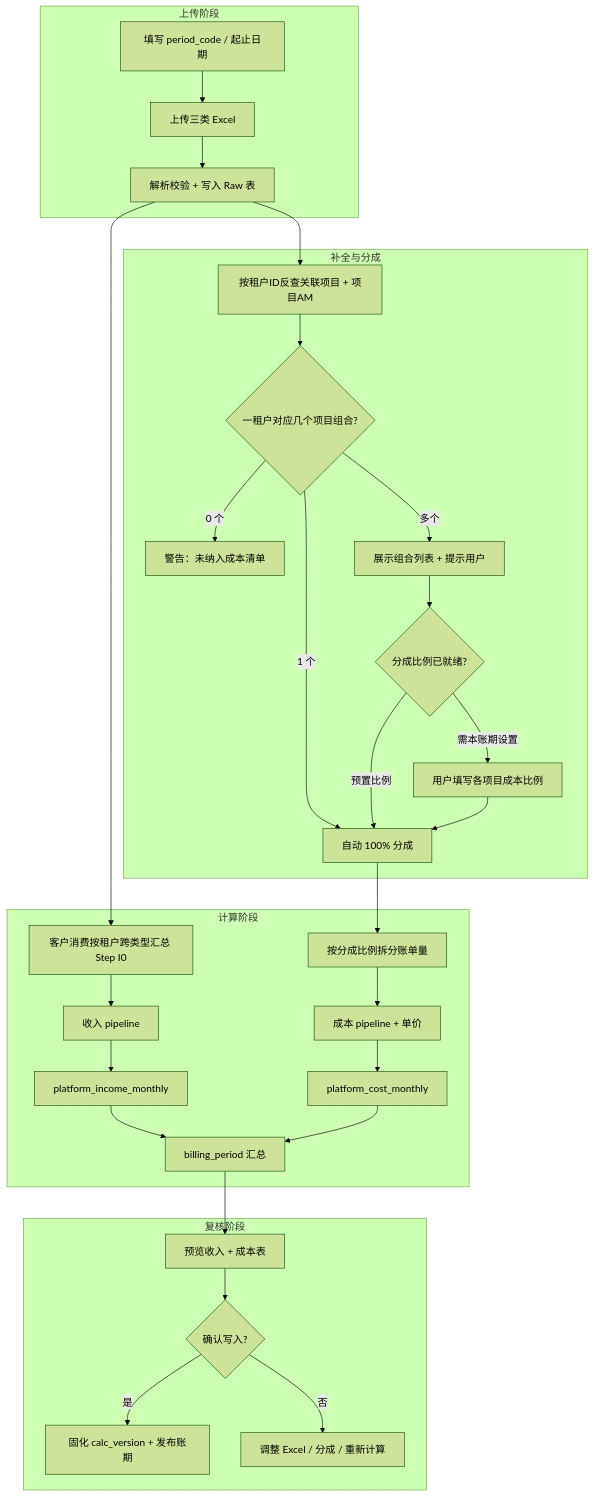
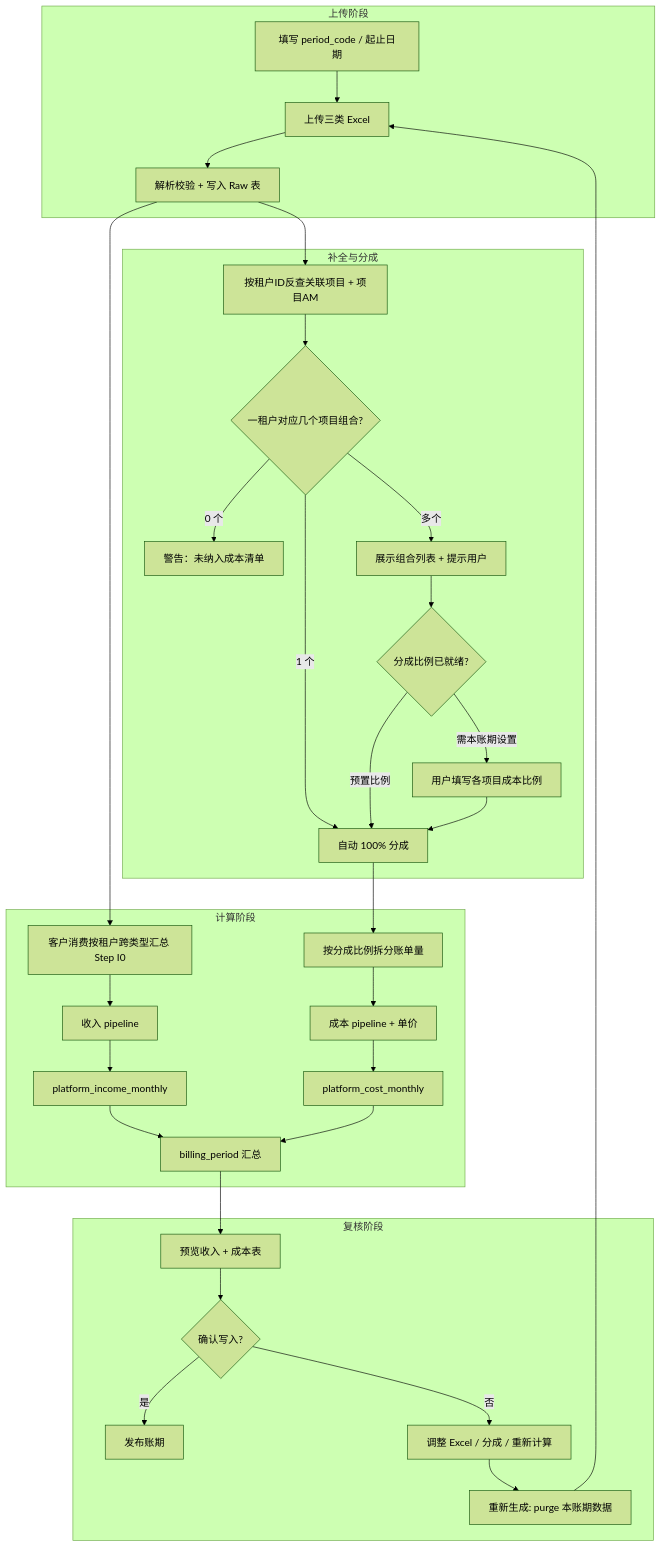
The first of 2 diagrams in apps/web/content/design/billing-period-import-design.md (metacode0602/opencomfy-hub), drawn with Mermaid (forest theme) before and after one commit. The commit also changed other lines of this file and 4 other files, not shown here.

````diff
--- a/apps/web/content/design/billing-period-import-design.md
+++ b/apps/web/content/design/billing-period-import-design.md
@@ -43,34 +48,36 @@
 ```mermaid
 flowchart TB
   subgraph upload [上传阶段]
     A[填写 period_code / 起止日期] --> B[上传三类 Excel]
     B --> C[解析校验 + 写入 Raw 表]
   end
   subgraph enrich [补全与分成]
     C --> D[按租户ID反查关联项目 + 项目AM]
     D --> E{一租户对应几个项目组合?}
     E -->|0 个| W1[警告：未纳入成本清单]
     E -->|1 个| F[自动 100% 分成]
     E -->|多个| G[展示组合列表 + 提示用户]
     G --> H{分成比例已就绪?}
     H -->|预置比例| F
     H -->|需本账期设置| I[用户填写各项目成本比例]
     I --> F
   end
   subgraph calc [计算阶段]
     F --> J[按分成比例拆分账单量]
     C --> K0[客户消费按租户跨类型汇总 Step I0]
     K0 --> K[收入 pipeline]
     J --> L[成本 pipeline + 单价]
     K --> M[platform_income_monthly]
     L --> N[platform_cost_monthly]
     M --> O[billing_period 汇总]
     N --> O
   end
   subgraph review [复核阶段]
     O --> P[预览收入 + 成本表]
     P --> Q{确认写入?}
-    Q -->|是| R[固化 calc_version + 发布账期]
+    Q -->|是| R[发布账期]
     Q -->|否| S[调整 Excel / 分成 / 重新计算]
+    S --> T[重新生成: purge 本账期数据]
+    T --> B
   end
 ```
````
